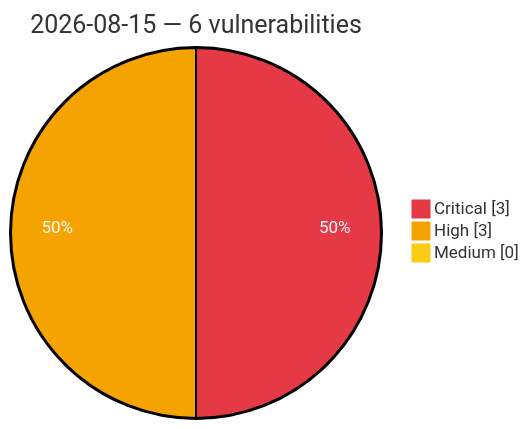
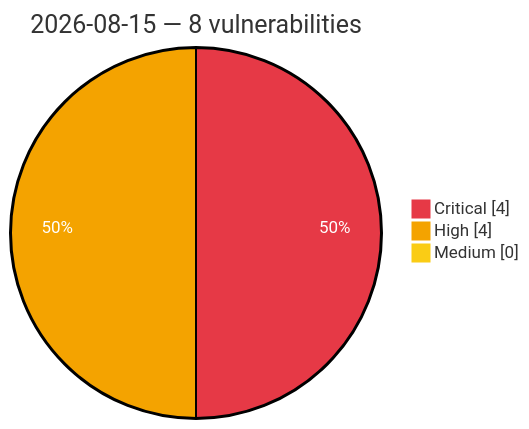
Before and after one commit to GhostX0X/vuln-tracker: the diagram in vulnerabilities/2026/August/2026-08-15.md, drawn with Mermaid. The commit also changed other lines of this file and 5 other files, not shown here.

Commit message:
Auto update: critical/high vulns (2026-08-15 08:25 UTC)

````diff
--- a/vulnerabilities/2026/August/2026-08-15.md
+++ b/vulnerabilities/2026/August/2026-08-15.md
@@ -3,8 +3,8 @@
 ```mermaid
 %%{init: {'theme':'base', 'themeVariables': {'pie1':'#e63946', 'pie2':'#f4a300', 'pie3':'#facc15', 'pieOpacity':'1', 'pieOuterStrokeWidth':'2px', 'pieSectionTextColor':'#ffffff'}}}%%
 pie showData
-    title 2026-08-15 — 6 vulnerabilities
-    "Critical" : 3
-    "High" : 3
+    title 2026-08-15 — 8 vulnerabilities
+    "Critical" : 4
+    "High" : 4
     "Medium" : 0
 ```
````
